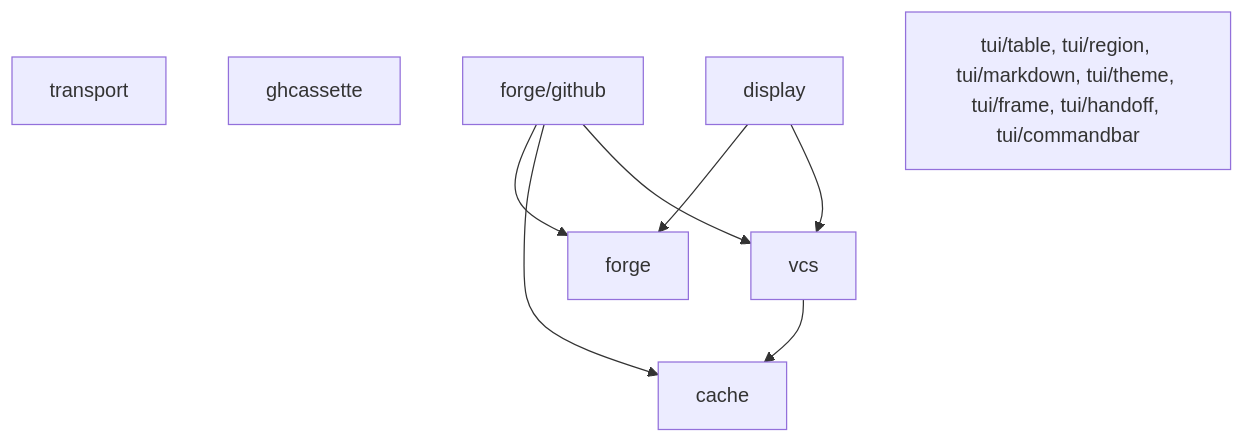
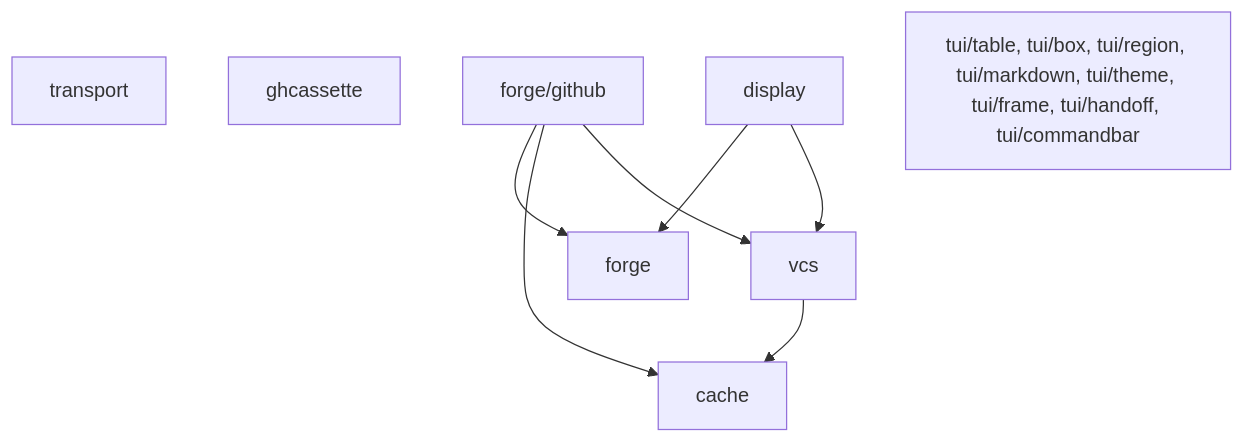
The diagram in DESIGN.md (KyleKing/aragonite), drawn with Mermaid before and after one commit. The commit also changed 3 other files, not shown here.

Commit message:
feat(tui/box): draw content in a bordered rectangle of an exact size

````diff
--- a/DESIGN.md
+++ b/DESIGN.md
@@ -22,15 +22,15 @@
 ```mermaid
 flowchart TD
     cache["cache"]
     transport["transport"]
     ghcassette["ghcassette"]
     vcs["vcs"]
     forge["forge"]
     github["forge/github"]
     display["display"]
-    tui["tui/table, tui/region, tui/markdown, tui/theme, tui/frame, tui/handoff, tui/commandbar"]
+    tui["tui/table, tui/box, tui/region, tui/markdown, tui/theme, tui/frame, tui/handoff, tui/commandbar"]
 
     vcs --> cache
     github --> forge & cache & vcs
     display --> forge & vcs
 ```
````
